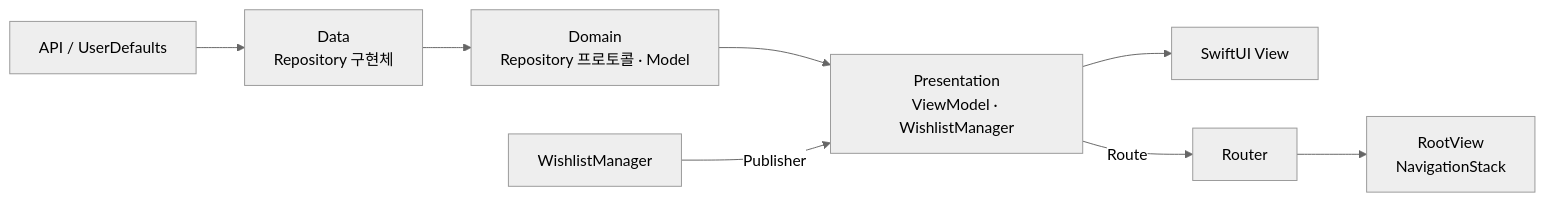
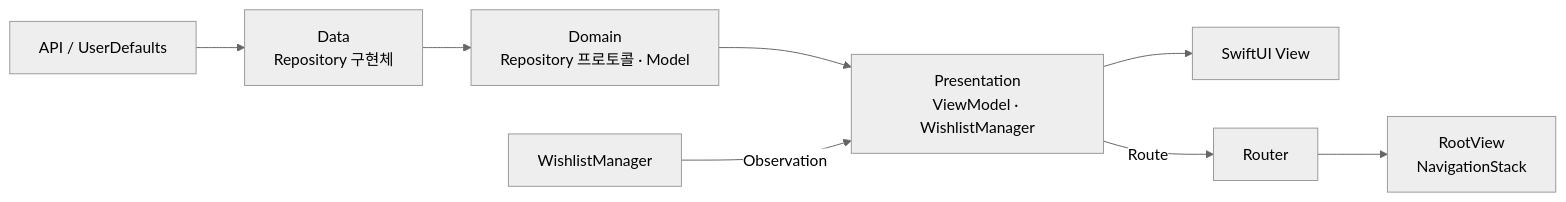
Before and after one commit to didwndckd/Junggo-assignment-2026: the second of 2 diagrams in README.md, drawn with Mermaid (neutral theme). The commit also changed other lines of this file, not shown here.

Commit message:
docs: update wishlist observation flow

````diff
--- a/README.md
+++ b/README.md
@@ -112,11 +112,11 @@
 ```mermaid
 flowchart LR
     API["API / UserDefaults"] --> Data["Data<br/>Repository 구현체"]
     Data --> Domain["Domain<br/>Repository 프로토콜 · Model"]
     Domain --> ViewModel["Presentation<br/>ViewModel · WishlistManager"]
     ViewModel --> View["SwiftUI View"]
 
-    WishlistManager -->|Publisher| ViewModel
+    WishlistManager -->|Observation| ViewModel
     ViewModel -->|Route| Router
     Router --> RootView["RootView<br/>NavigationStack"]
 ```
````
